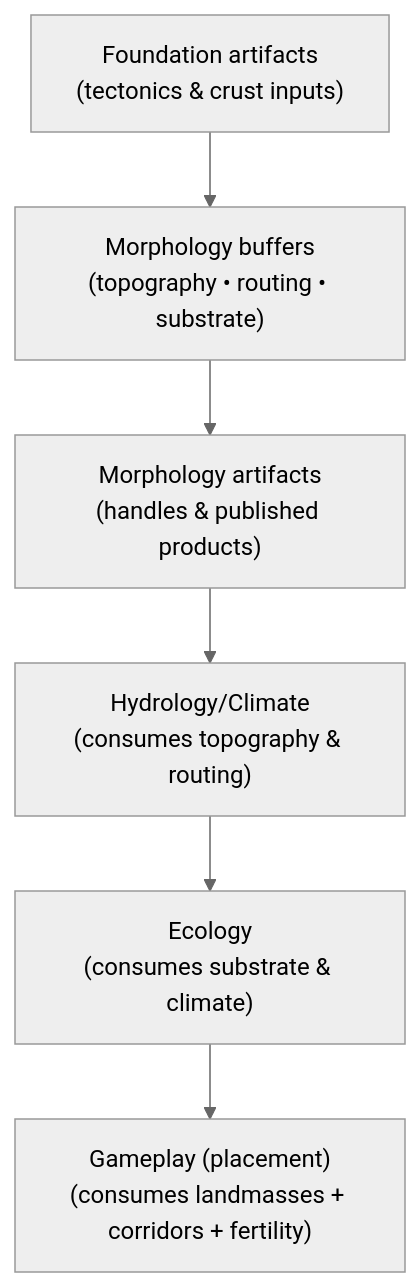
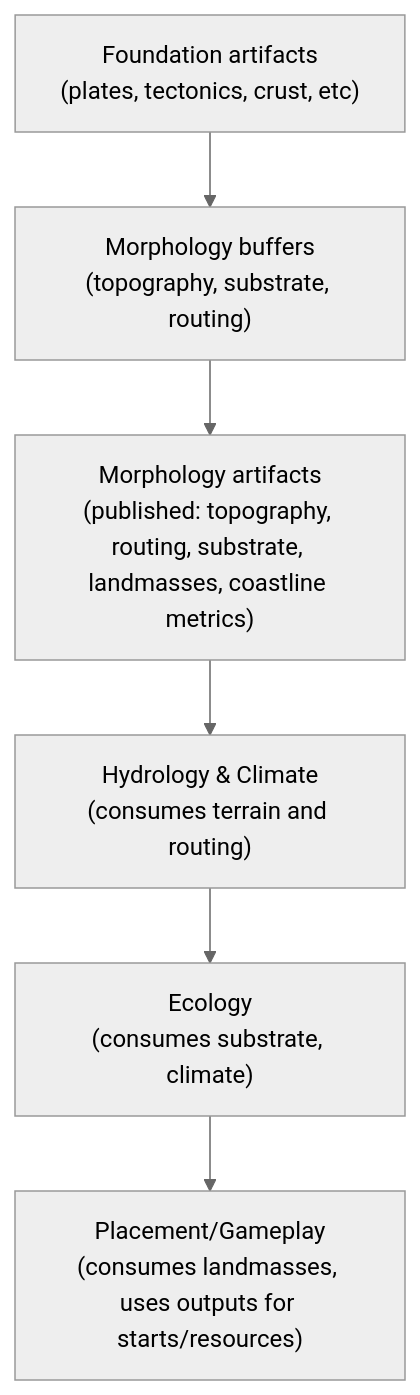
Before and after one commit to mateicanavra/civ7-modding-tools-fork: the second of 3 diagrams in docs/projects/engine-refactor-v1/resources/workflow/domain-refactor/plans/morphology/spike-morphology-modeling-gpt.md, drawn with Mermaid (neutral theme). The commit also changed other lines of this file and 25 other files, not shown here.

````diff
--- a/docs/projects/engine-refactor-v1/resources/workflow/domain-refactor/plans/morphology/spike-morphology-modeling-gpt.md
+++ b/docs/projects/engine-refactor-v1/resources/workflow/domain-refactor/plans/morphology/spike-morphology-modeling-gpt.md
@@ -184,12 +286,12 @@
 ```mermaid
 flowchart TD
-  F["Foundation artifacts\n(tectonics & crust inputs)"]
-  M["Morphology buffers\n(topography • routing • substrate)"]
-  A["Morphology artifacts\n(handles & published products)"]
-  H["Hydrology/Climate\n(consumes topography & routing)"]
-  E["Ecology\n(consumes substrate & climate)"]
-  P["Gameplay (placement)\n(consumes landmasses + corridors + fertility)"]
+F["Foundation artifacts<br/>(plates, tectonics, crust, etc)"]
+M["Morphology buffers<br/>(topography, substrate, routing)"]
+A["Morphology artifacts<br/>(published: topography, routing, substrate, landmasses, coastline metrics)"]
+H["Hydrology & Climate<br/>(consumes terrain and routing)"]
+E["Ecology<br/>(consumes substrate, climate)"]
+P["Placement/Gameplay<br/>(consumes landmasses, uses outputs for starts/resources)"]
 
-  F --> M --> A
-  A --> H --> E --> P
+F --> M --> A
+A --> H --> E --> P
 ```
````
